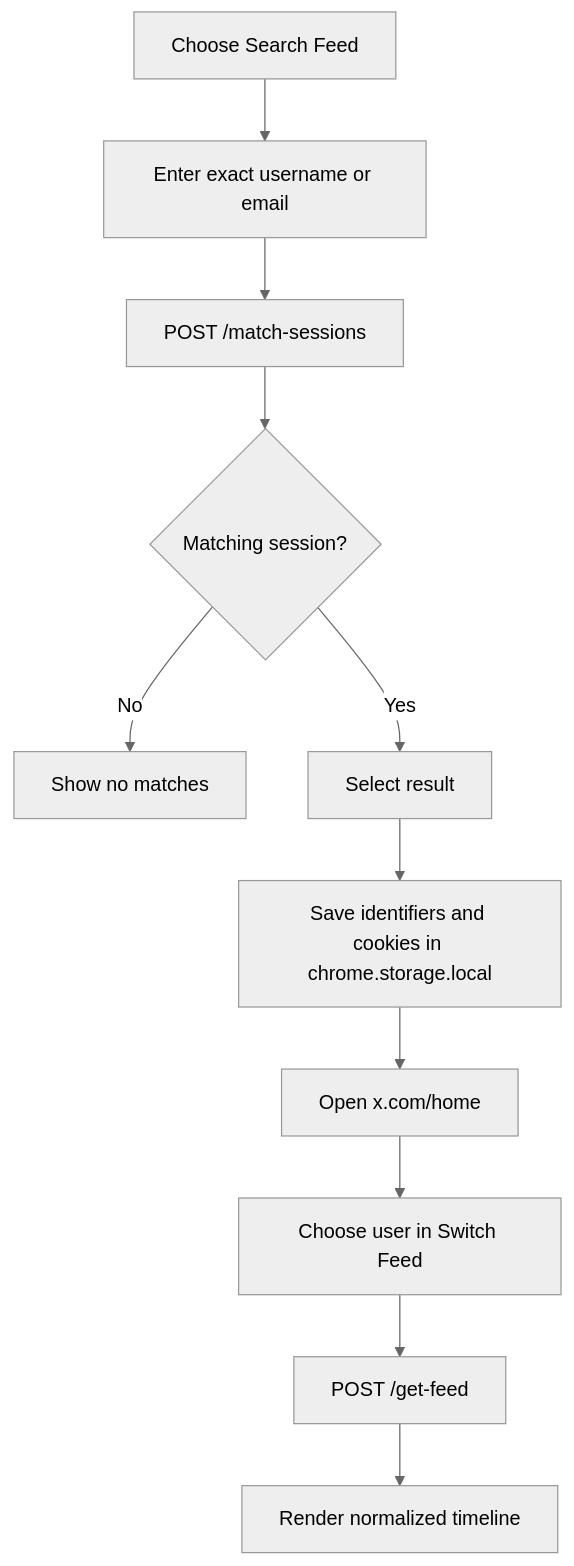
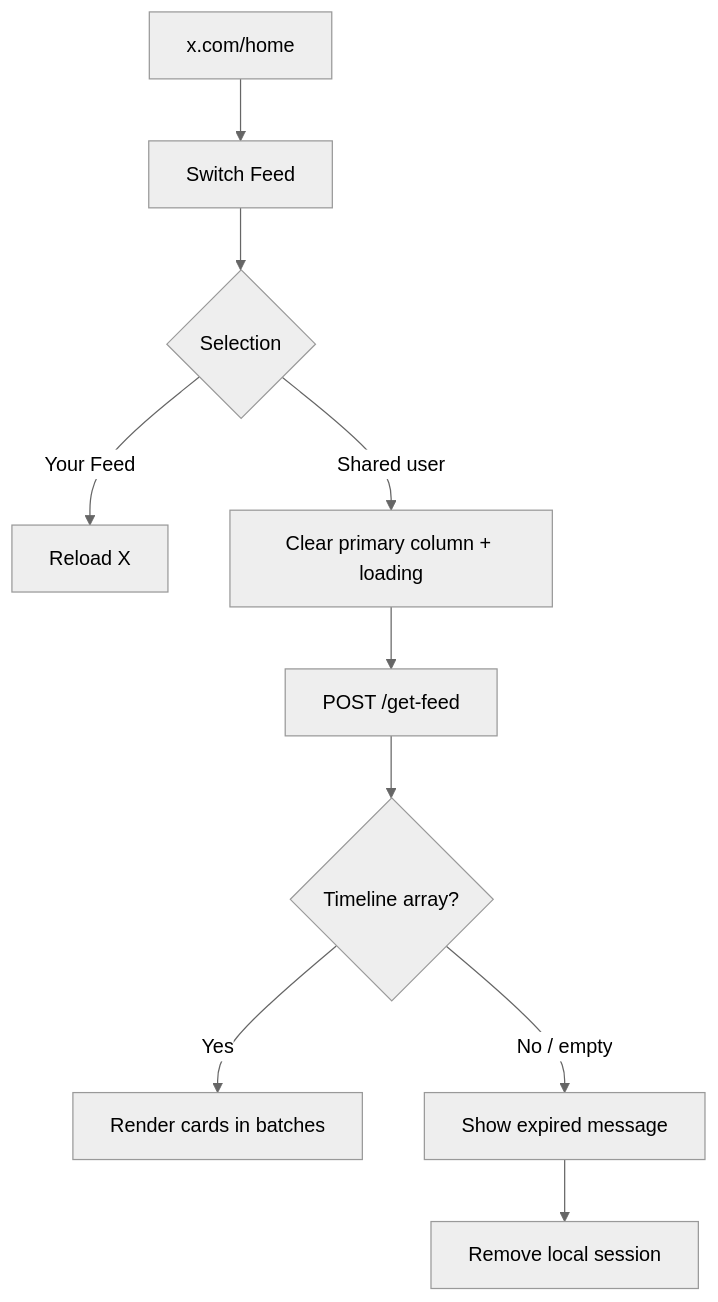
The fourth of 7 diagrams in docs/workflows-and-api.md (SidheshwarSarangal/X_feed_extension), drawn with Mermaid (neutral theme) before and after one commit. The commit also changed other lines of this file and 5 other files, not shown here.

````diff
--- a/docs/workflows-and-api.md
+++ b/docs/workflows-and-api.md
@@ -24,13 +55,12 @@
 ```mermaid
 flowchart TD
-    Search[Choose Search Feed] --> Query[Enter exact username or email]
-    Query --> Match[POST /match-sessions]
-    Match --> Found{Matching session?}
-    Found -->|No| Empty[Show no matches]
-    Found -->|Yes| Choose[Select result]
-    Choose --> Local[Save identifiers and cookies in chrome.storage.local]
-    Local --> Home[Open x.com/home]
-    Home --> Switch[Choose user in Switch Feed]
-    Switch --> Feed[POST /get-feed]
-    Feed --> Render[Render normalized timeline]
+    Home[x.com/home] --> Dropdown[Switch Feed]
+    Dropdown --> Choice{Selection}
+    Choice -->|Your Feed| Reload[Reload X]
+    Choice -->|Shared user| Loading[Clear primary column + loading]
+    Loading --> Request[POST /get-feed]
+    Request --> Valid{Timeline array?}
+    Valid -->|Yes| Render[Render cards in batches]
+    Valid -->|No / empty| Expired[Show expired message]
+    Expired --> Remove[Remove local session]
 ```
````
